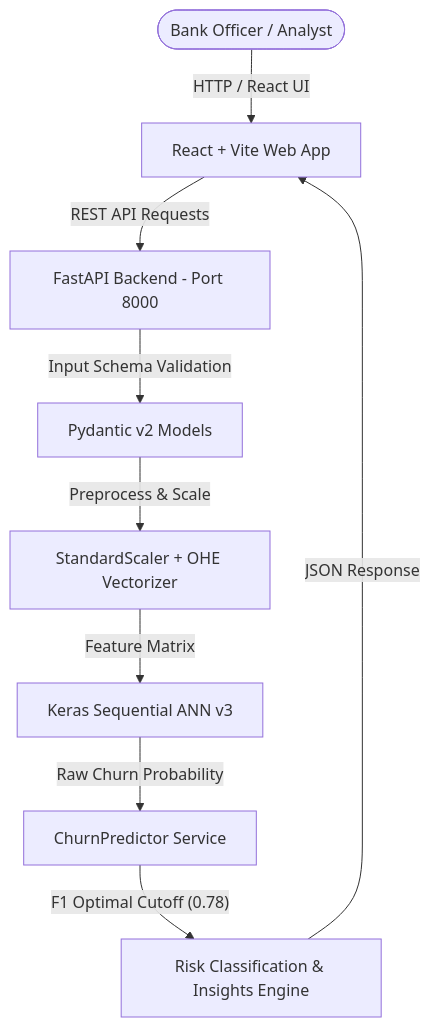
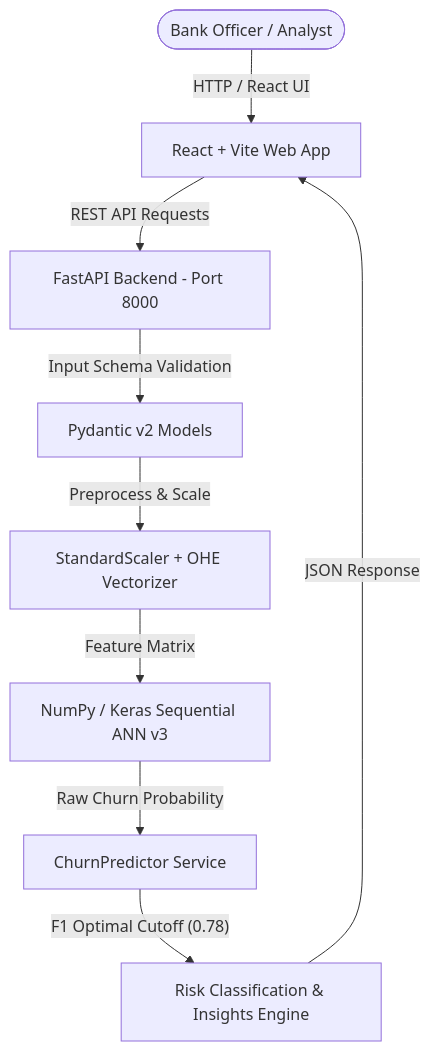
One commit to anshbhoraniya2006-ship-it/Bankchurn_rate_Model changed the diagram in README.md. Above: the diagram before and after it, drawn with Mermaid. The commit also changed other lines of this file, not shown here.

````diff
--- a/README.md
+++ b/README.md
@@ -24,11 +28,11 @@
 ```mermaid
 graph TD
     User(["Bank Officer / Analyst"]) -->|"HTTP / React UI"| Frontend["React + Vite Web App"]
     Frontend -->|"REST API Requests"| FastAPI["FastAPI Backend - Port 8000"]
     FastAPI -->|"Input Schema Validation"| Pydantic["Pydantic v2 Models"]
     Pydantic -->|"Preprocess & Scale"| Preprocessor["StandardScaler + OHE Vectorizer"]
-    Preprocessor -->|"Feature Matrix"| ANN["Keras Sequential ANN v3"]
+    Preprocessor -->|"Feature Matrix"| ANN["NumPy / Keras Sequential ANN v3"]
     ANN -->|"Raw Churn Probability"| Predictor["ChurnPredictor Service"]
     Predictor -->|"F1 Optimal Cutoff (0.78)"| RiskEngine["Risk Classification & Insights Engine"]
     RiskEngine -->|"JSON Response"| Frontend
 ```
````
